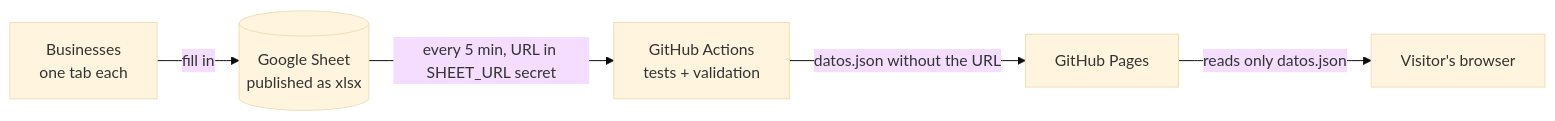
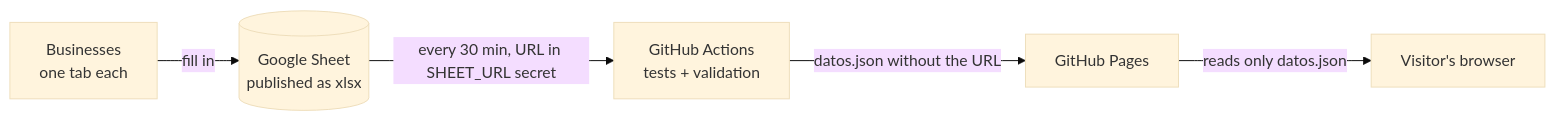
One commit to Alexis-VsCode/turismo-patate changed the diagram in README.en.md. Above: the diagram before and after it, drawn with Mermaid (base theme). The commit also changed other lines of this file and 17 other files, not shown here.

````diff
--- a/README.en.md
+++ b/README.en.md
@@ -71,7 +71,7 @@
 ```mermaid
 flowchart LR
     A[Businesses<br/>one tab each] -->|fill in| B[(Google Sheet<br/>published as xlsx)]
-    B -->|every 5 min, URL in SHEET_URL secret| C[GitHub Actions<br/>tests + validation]
+    B -->|every 30 min, URL in SHEET_URL secret| C[GitHub Actions<br/>tests + validation]
     C -->|datos.json without the URL| D[GitHub Pages]
     D -->|reads only datos.json| E[Visitor's browser]
 ```
````
